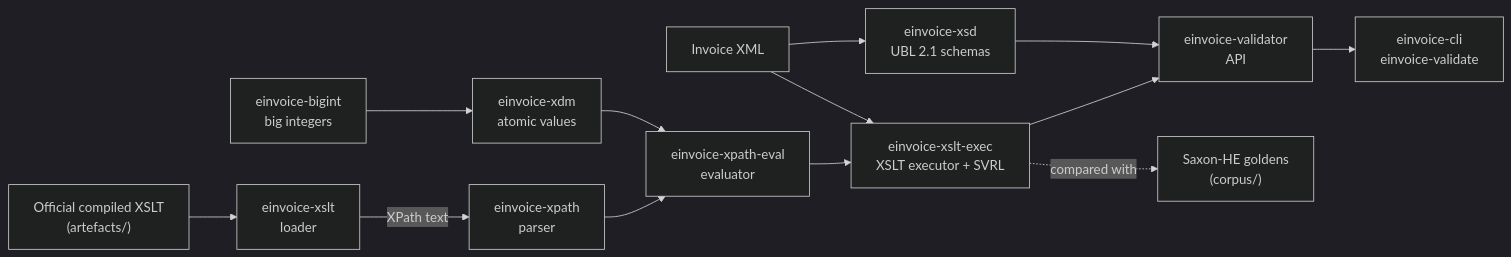
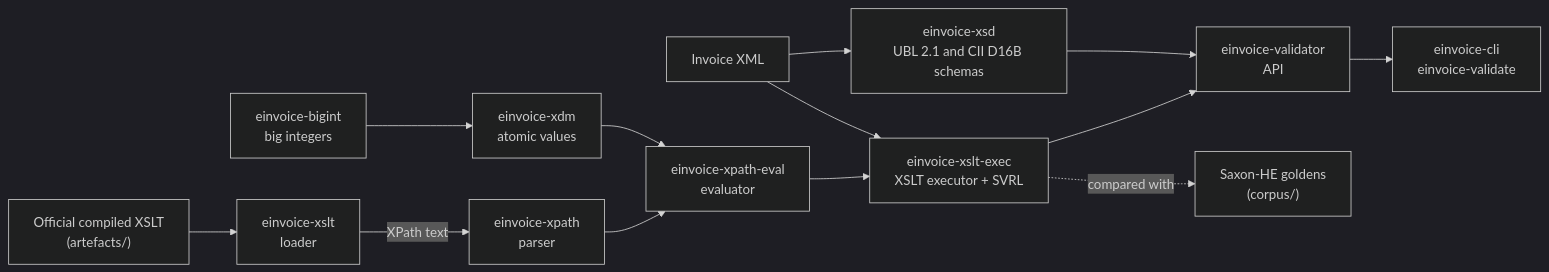
The diagram in README.md (einvoice-validator/einvoice-validator), drawn with Mermaid (dark theme) before and after one commit. The commit also changed other lines of this file and 60 other files, not shown here.

````diff
--- a/README.md
+++ b/README.md
@@ -240,15 +243,15 @@
 ```mermaid
 flowchart LR
     xslt["Official compiled XSLT<br/>(artefacts/)"] --> loader["einvoice-xslt<br/>loader"]
     loader -->|XPath text| parser["einvoice-xpath<br/>parser"]
     parser --> eval["einvoice-xpath-eval<br/>evaluator"]
     bigint["einvoice-bigint<br/>big integers"] --> xdm
     xdm["einvoice-xdm<br/>atomic values"] --> eval
     eval --> exec["einvoice-xslt-exec<br/>XSLT executor + SVRL"]
     invoice["Invoice XML"] --> exec
     exec --> api["einvoice-validator<br/>API"]
-    invoice --> xsd["einvoice-xsd<br/>UBL 2.1 schemas"]
+    invoice --> xsd["einvoice-xsd<br/>UBL 2.1 and CII D16B schemas"]
     xsd --> api
     api --> cli["einvoice-cli<br/>einvoice-validate"]
     exec -.->|compared with| golden["Saxon-HE goldens<br/>(corpus/)"]
 ```
````
